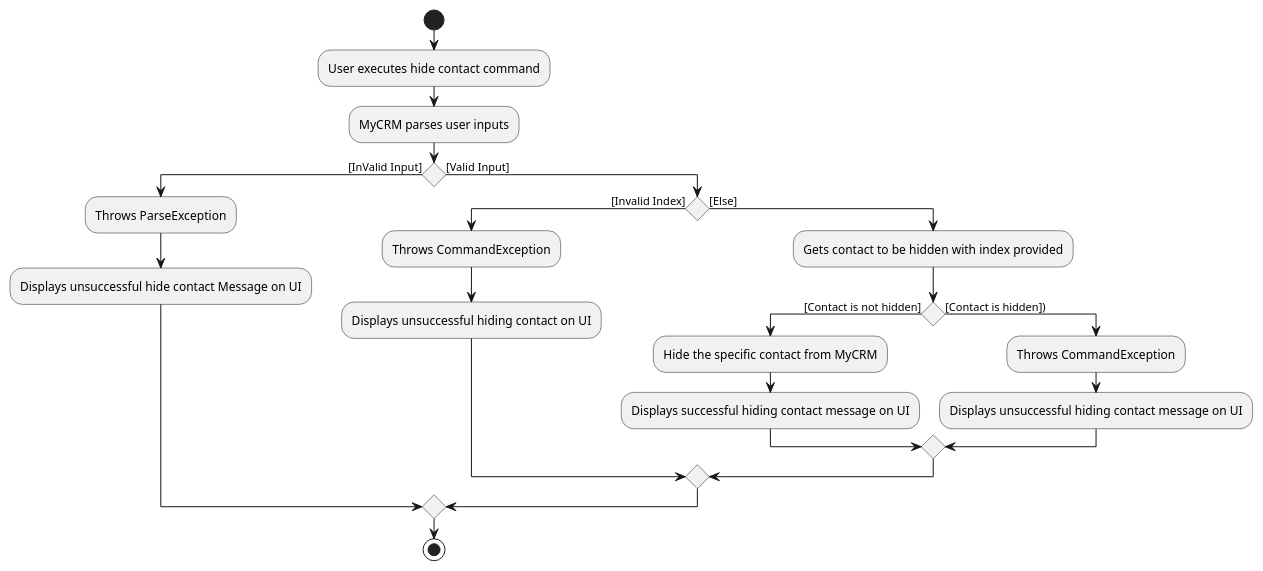
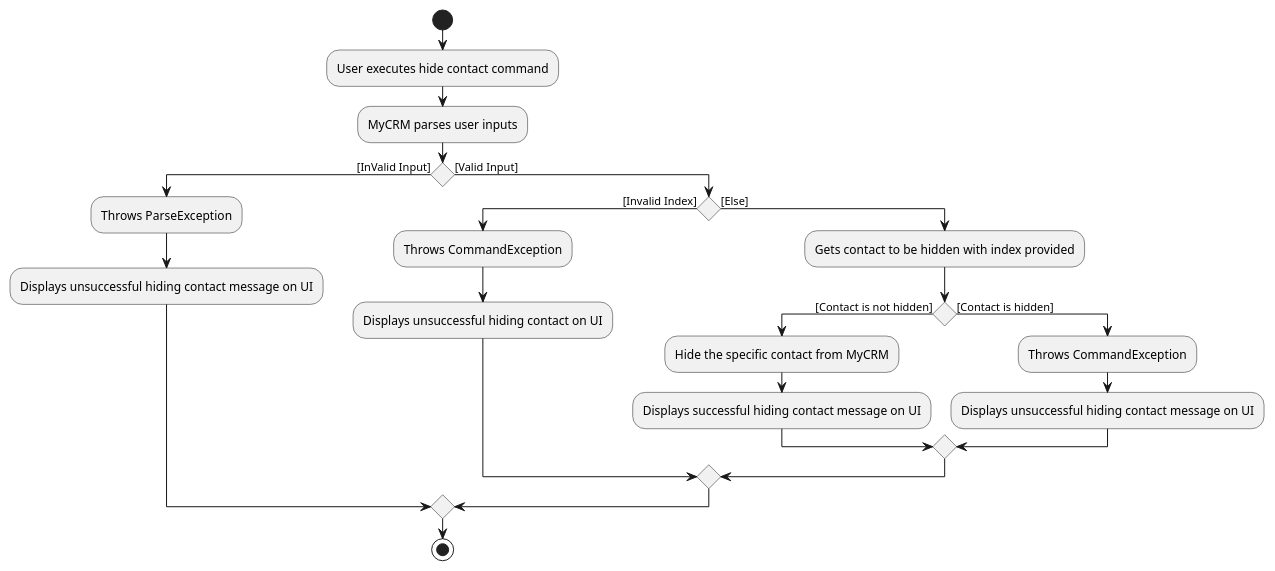
The diagram in docs/diagrams/contact/HideContactActivityDiagram.puml (ooawagaeri/tp), drawn with PlantUML before and after one commit. The commit also changed 16 other files, not shown here.

Commit message:
Update format of diagrams and ppp

```diff
--- a/docs/diagrams/contact/HideContactActivityDiagram.puml
+++ b/docs/diagrams/contact/HideContactActivityDiagram.puml
@@ -1,24 +1,24 @@
 @startuml
 start
 :User executes hide contact command;
 :MyCRM parses user inputs;
 if () then ([InValid Input])
     :Throws ParseException;
-    :Displays unsuccessful hide contact Message on UI;
+    :Displays unsuccessful hiding contact message on UI;
 else ([Valid Input])
 if () then ([Invalid Index])
     :Throws CommandException;
     :Displays unsuccessful hiding contact on UI;
 else ([Else])
 :Gets contact to be hidden with index provided;
 if () then ([Contact is not hidden])
 :Hide the specific contact from MyCRM;
 :Displays successful hiding contact message on UI;
-else ([Contact is hidden]))
+else ([Contact is hidden])
 :Throws CommandException;
 :Displays unsuccessful hiding contact message on UI;
 endif
 endif
 endif
 stop
 @enduml
```
